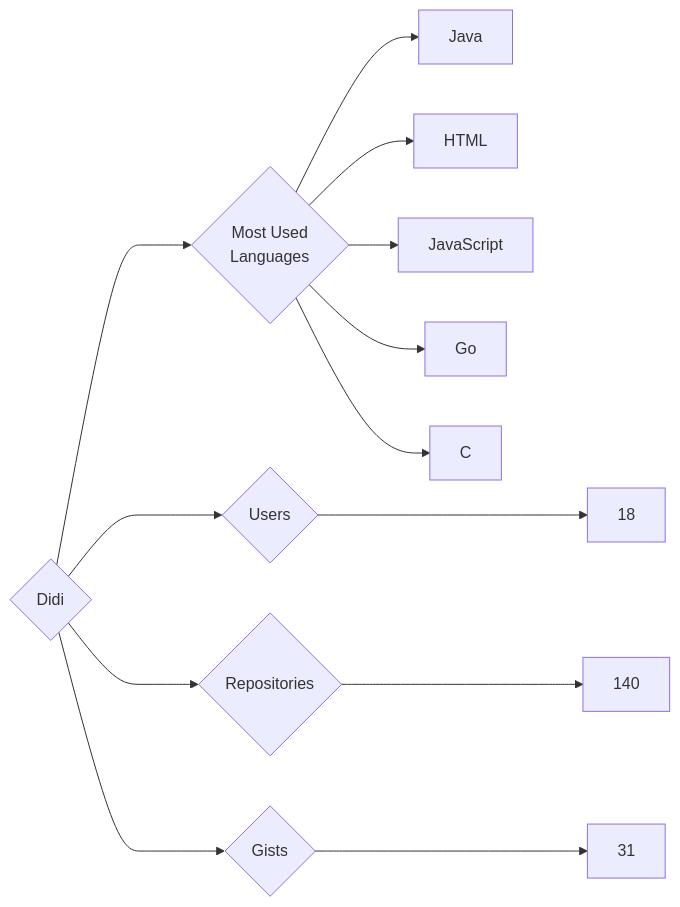
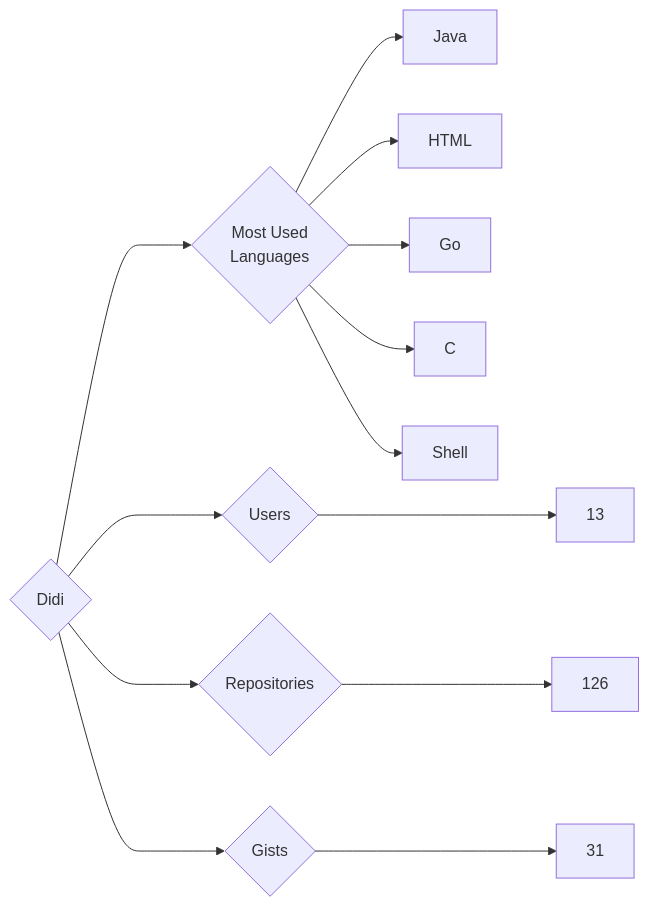
Before and after one commit to trickest/insiders: the diagram in targets/Didi/README.md, drawn with Mermaid. The commit also changed 965 other files, not shown here.

````diff
--- a/targets/Didi/README.md
+++ b/targets/Didi/README.md
@@ -3,13 +3,13 @@
 ```mermaid
 graph LR
 COMPANY_NAME{Didi}
-COMPANY_NAME ---> U{Users} ---> UN[18]
-COMPANY_NAME ---> R{Repositories} ---> RN[140]
+COMPANY_NAME ---> U{Users} ---> UN[13]
+COMPANY_NAME ---> R{Repositories} ---> RN[126]
 COMPANY_NAME ---> G{Gists} ---> GN[31]
 COMPANY_NAME ---> ML{Most Used<br>Languages}
 ML --> Java[Java]
 ML --> HTML[HTML]
-ML --> JavaScript[JavaScript]
 ML --> Go[Go]
 ML --> C[C]
+ML --> Shell[Shell]
 ```
````
